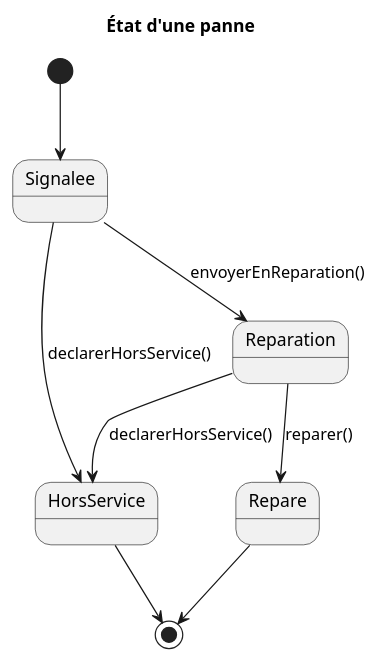
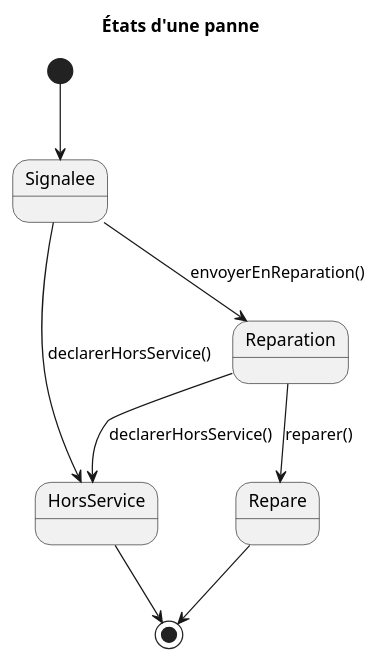
One commit to Hugo-COLLIN/MIAGE_CSI_NauticalClub changed the diagram in docs/1-analysis/stateDiagrams/breakdownStateDiagram.puml. Above: the diagram before and after it, drawn with PlantUML. The commit also changed 1 other file, not shown here.

Commit message:
docs: "États"

```diff
--- a/docs/1-analysis/stateDiagrams/breakdownStateDiagram.puml
+++ b/docs/1-analysis/stateDiagrams/breakdownStateDiagram.puml
@@ -1,11 +1,11 @@
 @startuml
-    title État d'une panne
+    title États d'une panne
 
     [*] --> Signalee
     Signalee --> HorsService: declarerHorsService()
     Signalee --> Reparation: envoyerEnReparation()
     Reparation --> Repare: reparer()
     Reparation --> HorsService: declarerHorsService()
     Repare --> [*]
     HorsService --> [*]
 @enduml
```
